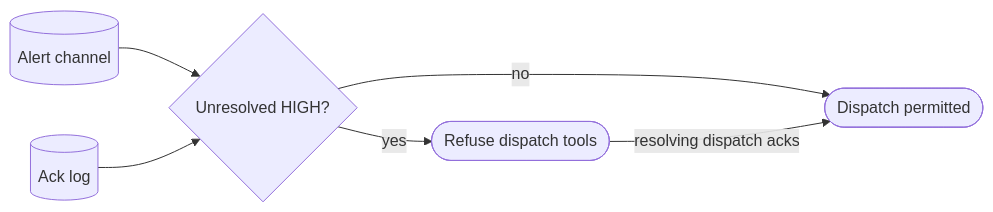
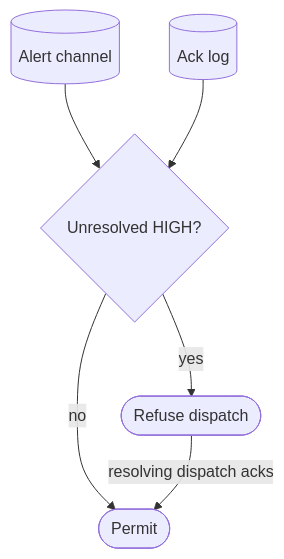
One commit to davisjam/agent-governance-mechanisms changed the diagram in book/appendix-fills/agent/cron-alerts-gate.md. Above: the diagram before and after it, drawn with Mermaid. The commit also changed other lines of this file and 5 other files, not shown here.

First line of the commit message:
fix(appxC): overflow diagrams — reduced/re-oriented labels (batch A)

````diff
--- a/book/appendix-fills/agent/cron-alerts-gate.md
+++ b/book/appendix-fills/agent/cron-alerts-gate.md
@@ -32,8 +32,8 @@
 ```mermaid
-flowchart LR
+flowchart TD
   Alerts[(Alert channel)] --> Gate{Unresolved HIGH?}
   Acks[(Ack log)] --> Gate
-  Gate -->|yes| Refuse([Refuse dispatch tools])
-  Gate -->|no| Allow([Dispatch permitted])
+  Gate -->|yes| Refuse([Refuse dispatch])
+  Gate -->|no| Allow([Permit])
   Refuse -->|resolving dispatch acks| Allow
 ```
````
